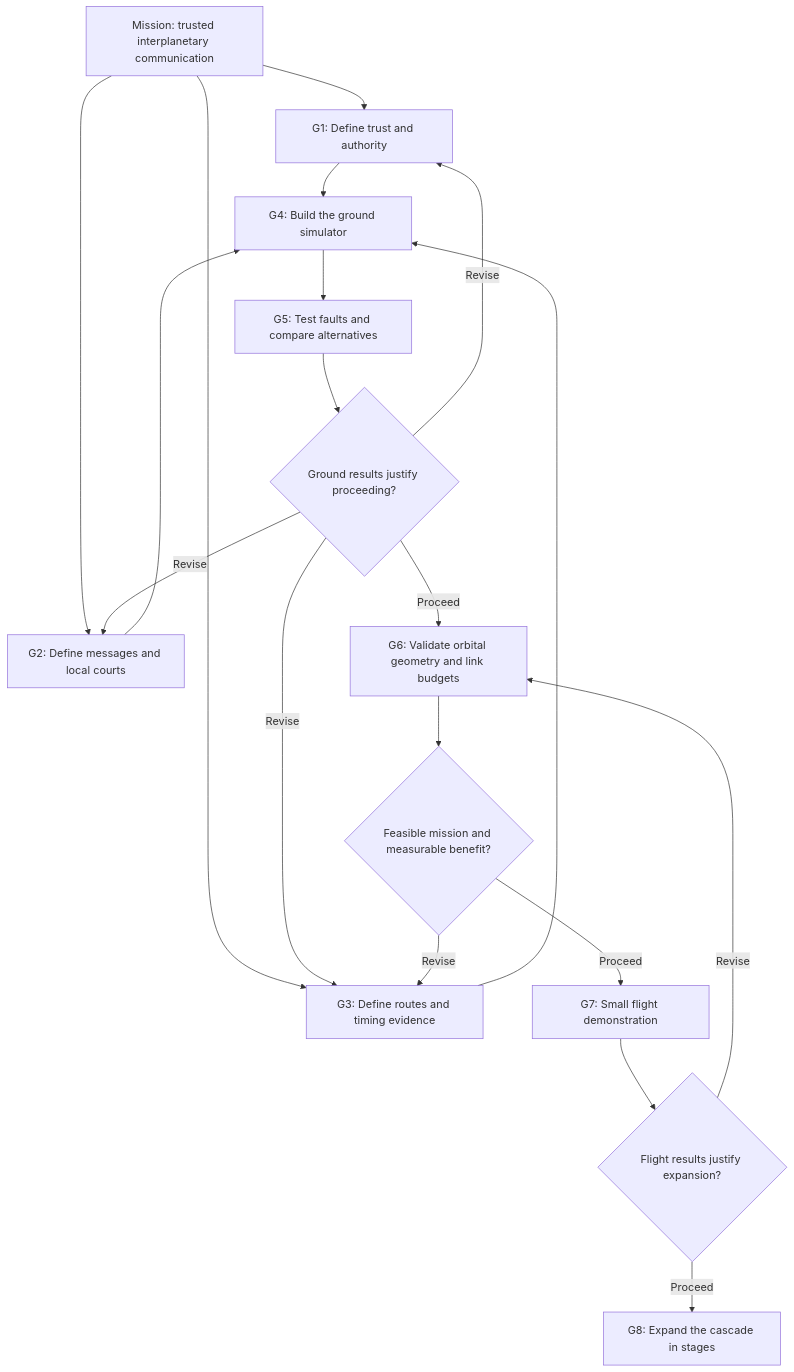
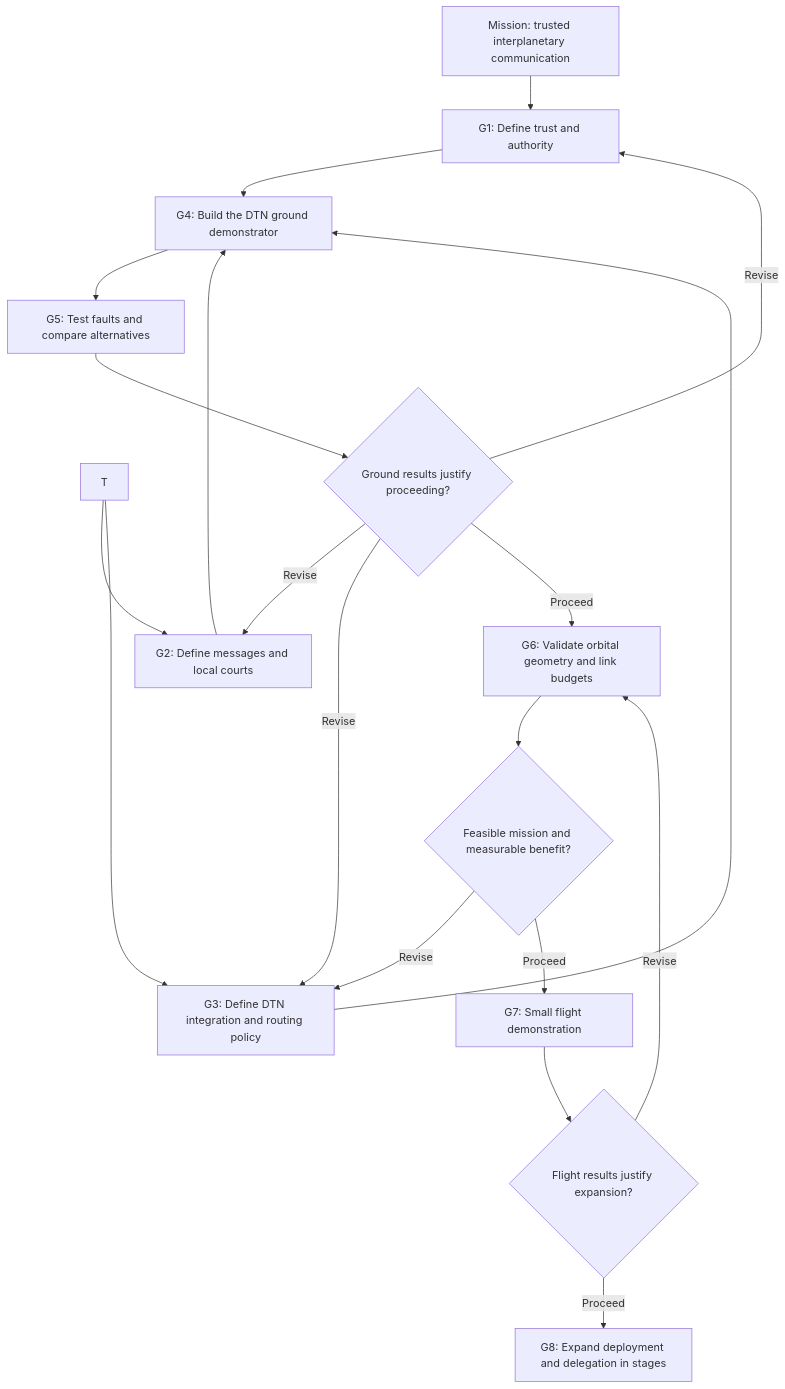
One commit to POXUW/cascade-star changed the diagram in docs/GOALS.md. Above: the diagram before and after it, drawn with Mermaid. The commit also changed other lines of this file, not shown here.

Commit message:
Reframe Cascade Star on DTN with threat-driven autonomy and expansion

````diff
--- a/docs/GOALS.md
+++ b/docs/GOALS.md
@@ -9,21 +11,21 @@
 ```mermaid
 flowchart TD
     V[Mission: trusted interplanetary communication] --> G1[G1: Define trust and authority]
-    V --> G2[G2: Define messages and local courts]
-    V --> G3[G3: Define routes and timing evidence]
-    G1 --> G4[G4: Build the ground simulator]
+    T --> G2[G2: Define messages and local courts]
+    T --> G3[G3: Define DTN integration and routing policy]
+    G1 --> G4[G4: Build the DTN ground demonstrator]
     G2 --> G4
     G3 --> G4
     G4 --> G5[G5: Test faults and compare alternatives]
     G5 --> Gate{Ground results justify proceeding?}
     Gate -->|Revise| G1
     Gate -->|Revise| G2
     Gate -->|Revise| G3
     Gate -->|Proceed| G6[G6: Validate orbital geometry and link budgets]
     G6 --> FlightGate{Feasible mission and measurable benefit?}
     FlightGate -->|Revise| G3
     FlightGate -->|Proceed| G7[G7: Small flight demonstration]
     G7 --> ScaleGate{Flight results justify expansion?}
     ScaleGate -->|Revise| G6
-    ScaleGate -->|Proceed| G8[G8: Expand the cascade in stages]
+    ScaleGate -->|Proceed| G8[G8: Expand deployment and delegation in stages]
 ```
````
